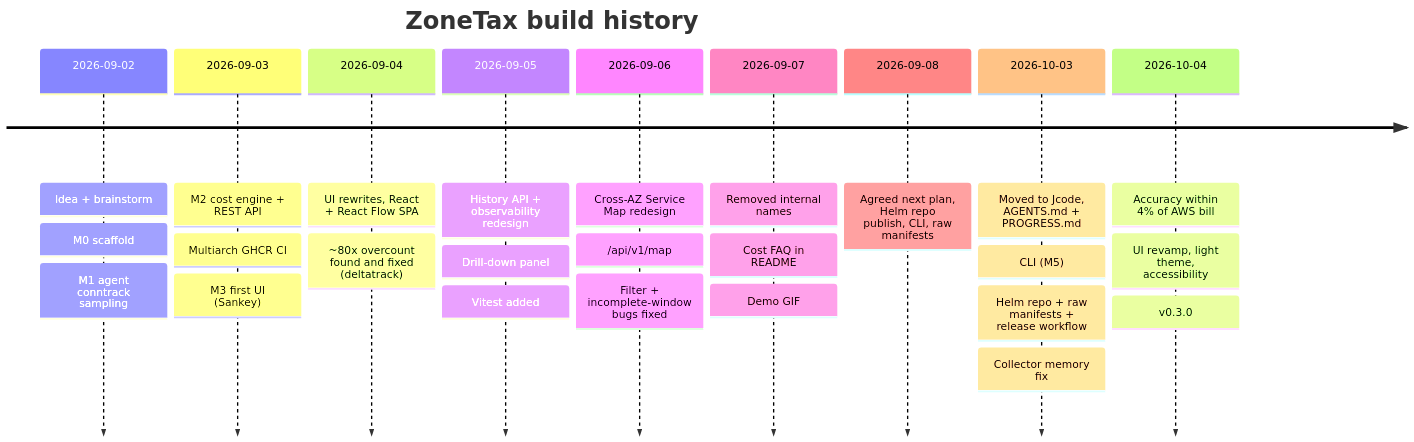
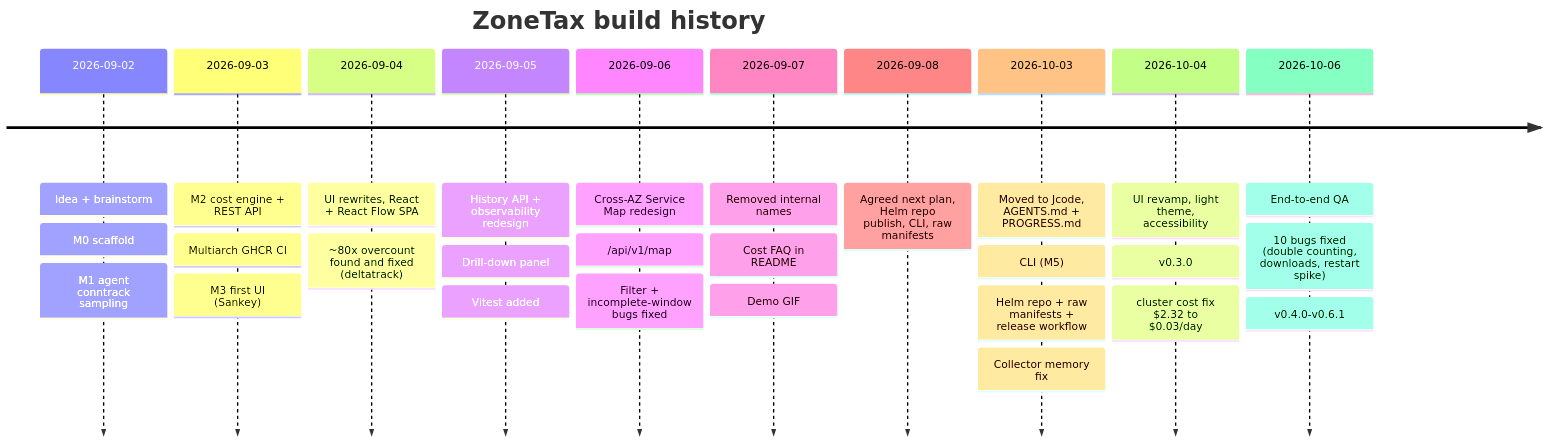
One commit to gargkrishna730/zonetax changed the diagram in docs/PROGRESS.md. Above: the diagram before and after it, drawn with Mermaid. The commit also changed other lines of this file and 2 other files, not shown here.

````diff
--- a/docs/PROGRESS.md
+++ b/docs/PROGRESS.md
@@ -8,13 +8,14 @@
 ```mermaid
 timeline
   title ZoneTax build history
   2026-09-02 : Idea + brainstorm : M0 scaffold : M1 agent conntrack sampling
   2026-09-03 : M2 cost engine + REST API : Multiarch GHCR CI : M3 first UI (Sankey)
   2026-09-04 : UI rewrites, React + React Flow SPA : ~80x overcount found and fixed (deltatrack)
   2026-09-05 : History API + observability redesign : Drill-down panel : Vitest added
   2026-09-06 : Cross-AZ Service Map redesign : /api/v1/map : Filter + incomplete-window bugs fixed
   2026-09-07 : Removed internal names : Cost FAQ in README : Demo GIF
   2026-09-08 : Agreed next plan, Helm repo publish, CLI, raw manifests
   2026-10-03 : Moved to Jcode, AGENTS.md + PROGRESS.md : CLI (M5) : Helm repo + raw manifests + release workflow : Collector memory fix
-  2026-10-04 : Accuracy within 4% of AWS bill : UI revamp, light theme, accessibility : v0.3.0
+  2026-10-04 : UI revamp, light theme, accessibility : v0.3.0 : cluster cost fix $2.32 to $0.03/day
+  2026-10-06 : End-to-end QA : 10 bugs fixed (double counting, downloads, restart spike) : v0.4.0-v0.6.1
 ```
````
